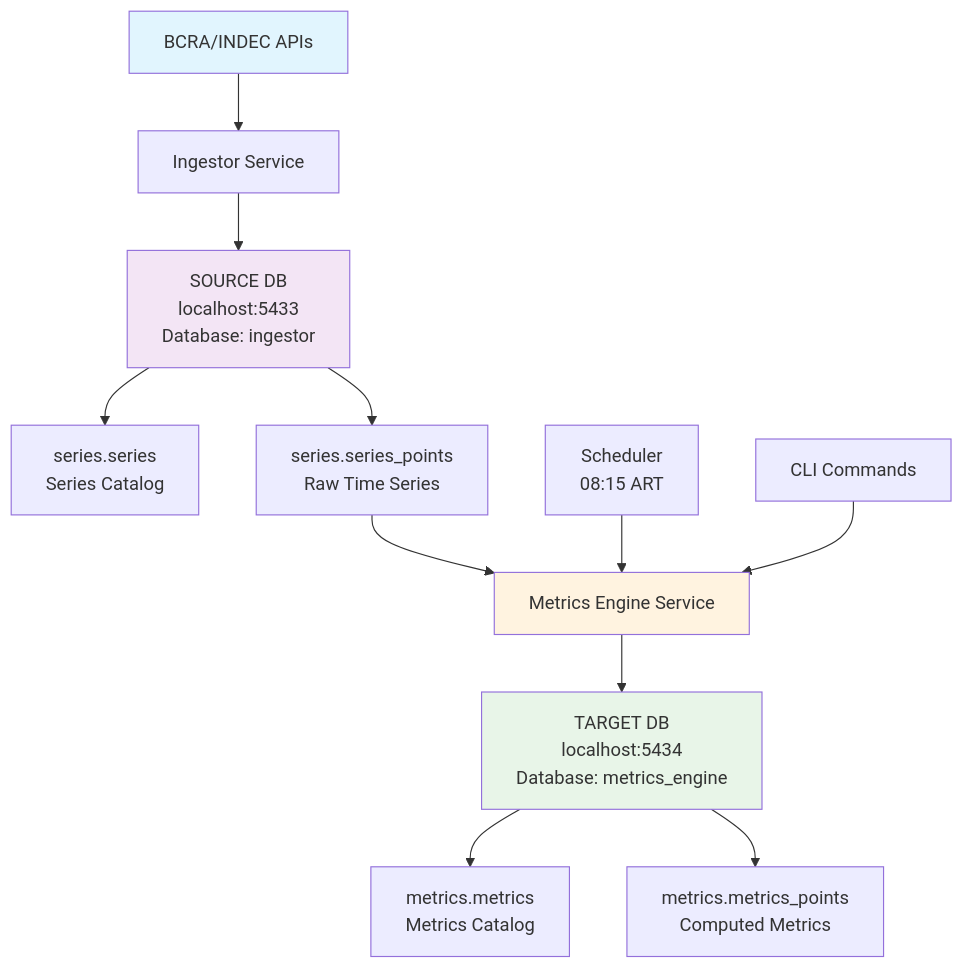
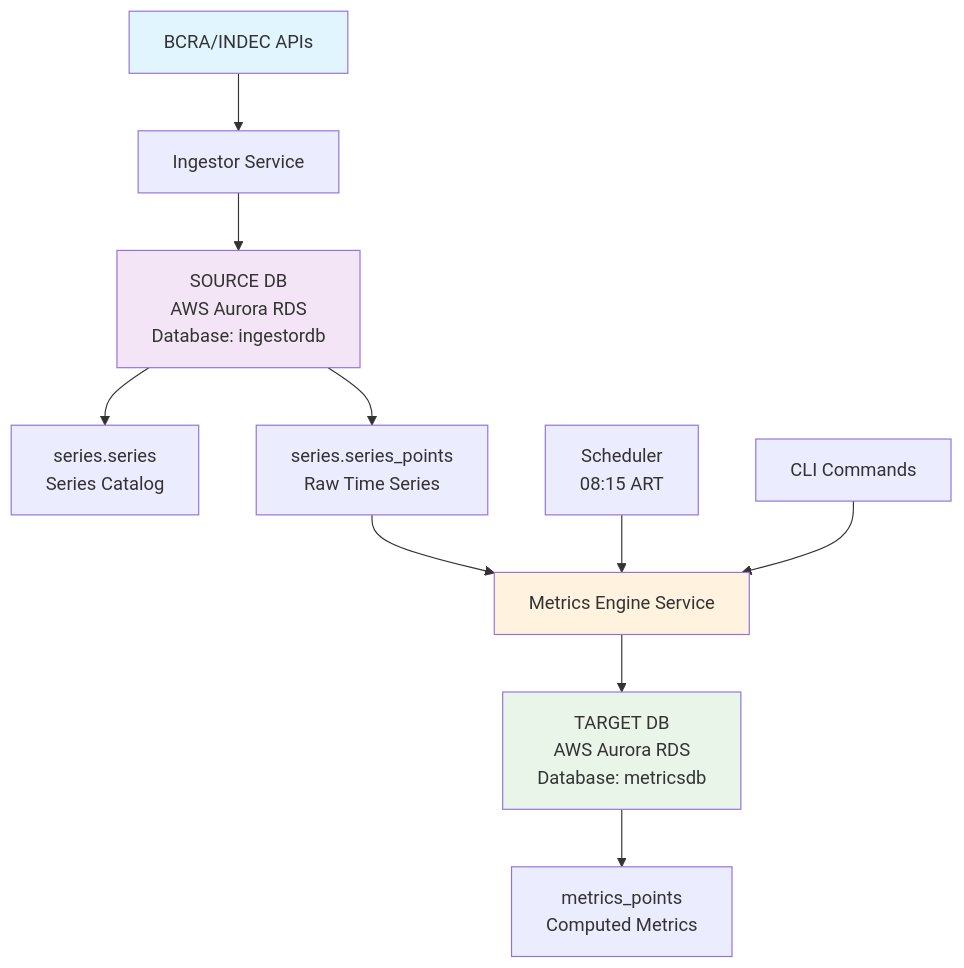
The first of 2 diagrams in docs/overview.md (Franco1312/metrics-engine), drawn with Mermaid before and after one commit. The commit also changed other lines of this file and 37 other files, not shown here.

````diff
--- a/docs/overview.md
+++ b/docs/overview.md
@@ -16,20 +16,19 @@
 ```mermaid
 graph TD
     A[BCRA/INDEC APIs] --> B[Ingestor Service]
-    B --> C[SOURCE DB<br/>localhost:5433<br/>Database: ingestor]
+    B --> C[SOURCE DB<br/>AWS Aurora RDS<br/>Database: ingestordb]
     C --> D[series.series<br/>Series Catalog]
     C --> E[series.series_points<br/>Raw Time Series]
     
     E --> F[Metrics Engine Service]
-    F --> G[TARGET DB<br/>localhost:5434<br/>Database: metrics_engine]
-    G --> H[metrics.metrics<br/>Metrics Catalog]
-    G --> I[metrics.metrics_points<br/>Computed Metrics]
+    F --> G[TARGET DB<br/>AWS Aurora RDS<br/>Database: metricsdb]
+    G --> H[metrics_points<br/>Computed Metrics]
     
     J[Scheduler<br/>08:15 ART] --> F
     K[CLI Commands] --> F
     
     style A fill:#e1f5fe
     style C fill:#f3e5f5
     style G fill:#e8f5e8
     style F fill:#fff3e0
 ```
````
